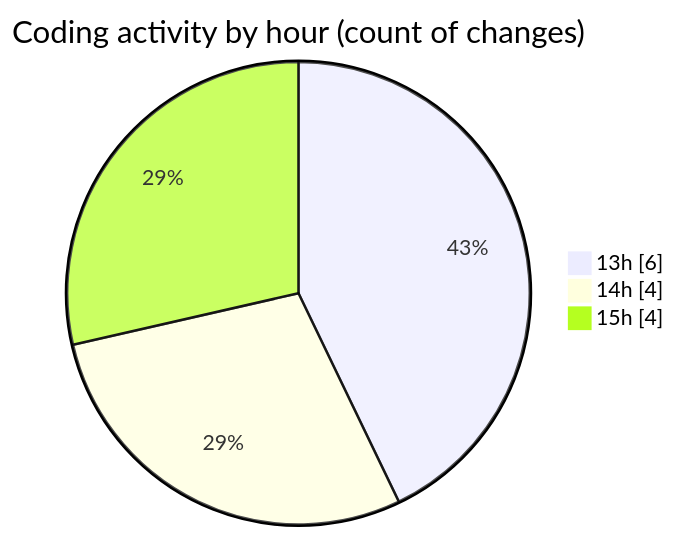
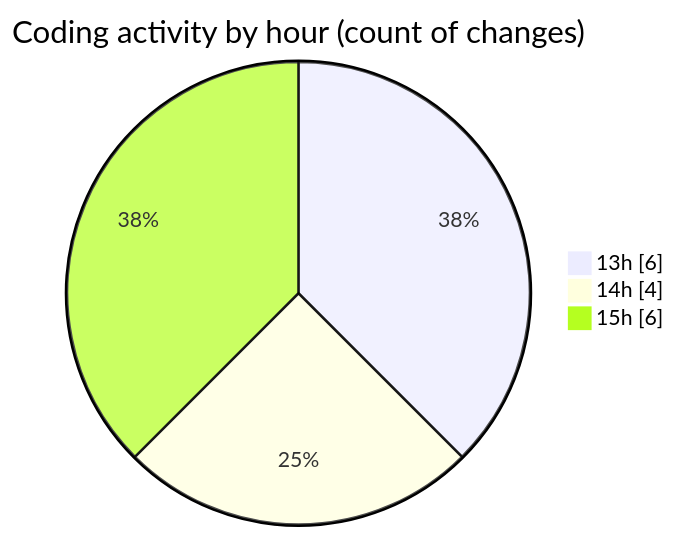
The second of 2 diagrams in 2025-05-17/niten/README.md (Elitesun/code-tracking), drawn with Mermaid before and after one commit. The commit also changed other lines of this file and 1 other file, not shown here.

````diff
--- a/2025-05-17/niten/README.md
+++ b/2025-05-17/niten/README.md
@@ -31,7 +31,7 @@
 ```mermaid
 pie showData
 title Coding activity by hour (count of changes)
 "13h" : 6
 "14h" : 4
-"15h" : 4
+"15h" : 6
 ```
````
